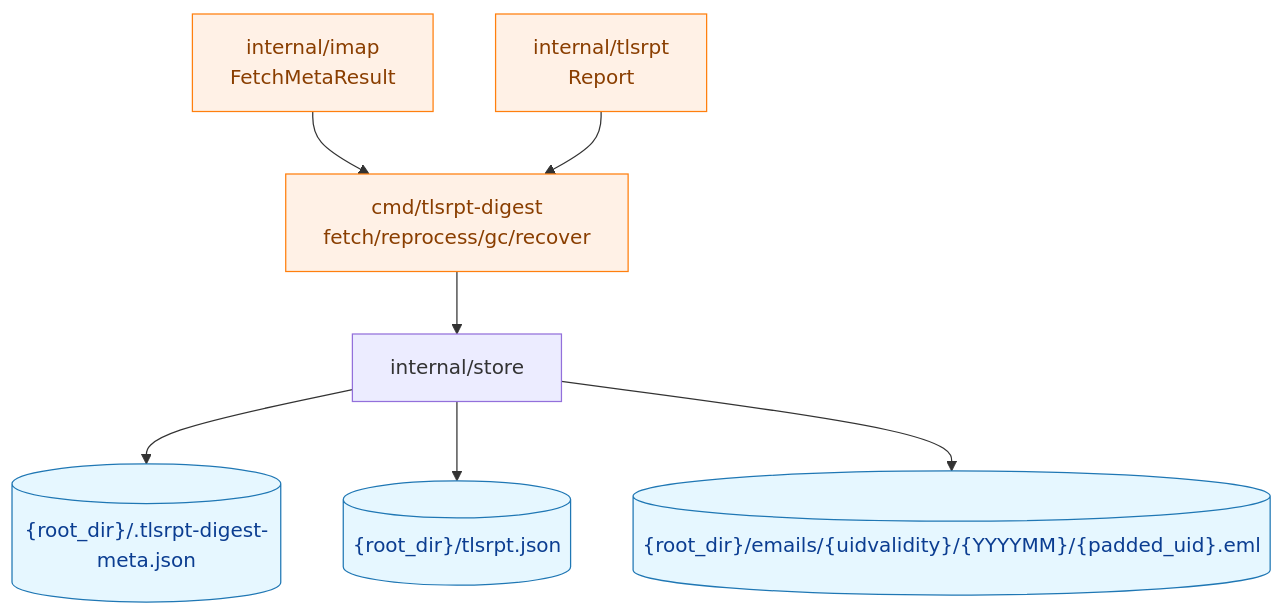
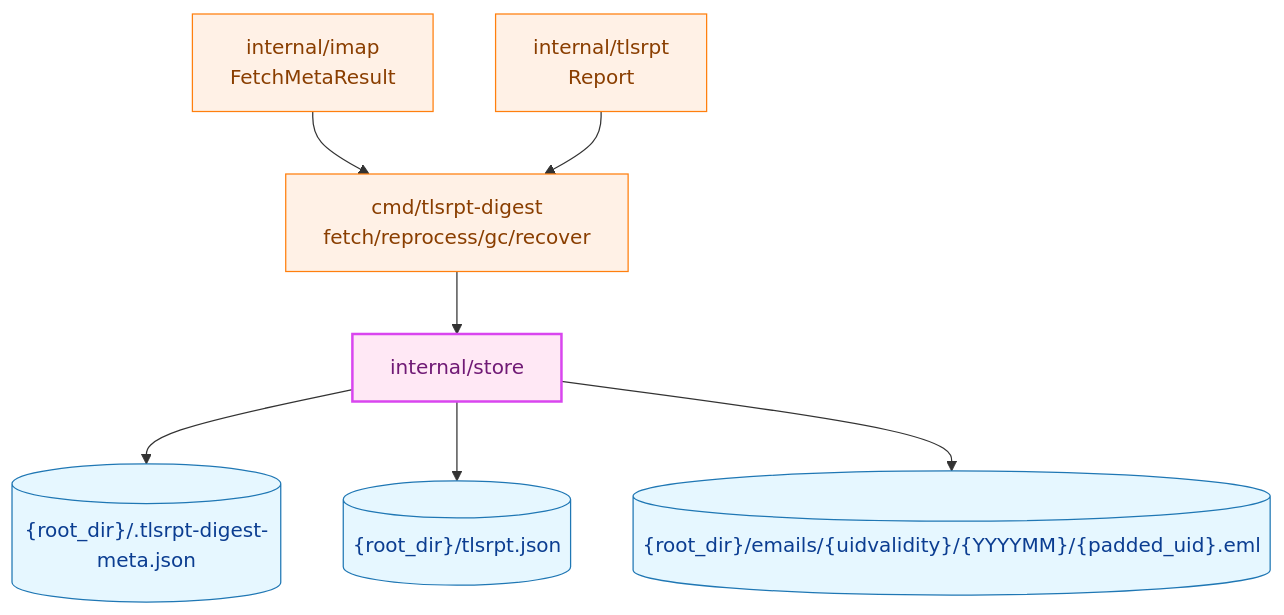
One commit to isseis/tlsrpt-digest changed the first of 15 diagrams in docs/tasks/0040_store/02_architecture.md. Above: the diagram before and after it, drawn with Mermaid. The commit also changed other lines of this file, not shown here.

First line of the commit message:
docs(store/arch): fix newpkg classDef missing and non-standard colors

````diff
--- a/docs/tasks/0040_store/02_architecture.md
+++ b/docs/tasks/0040_store/02_architecture.md
@@ -27,17 +27,17 @@
 ```mermaid
 flowchart TD
     classDef data fill:#e6f7ff,stroke:#1f77b4,stroke-width:1px,color:#0b3d91;
     classDef process fill:#fff1e6,stroke:#ff7f0e,stroke-width:1px,color:#8a3e00;
-    classDef enhanced fill:#e8f5e8,stroke:#2e8b57,stroke-width:2px,color:#006400;
+    classDef newpkg fill:#ffe8f5,stroke:#d946ef,stroke-width:2px,color:#701a75;
 
     IMAP["internal/imap<br>FetchMetaResult"] --> EP["cmd/tlsrpt-digest<br>fetch/reprocess/gc/recover"]
     TLSRPT["internal/tlsrpt<br>Report"] --> EP
     EP --> STORE["internal/store"]
     STORE --> SENTINEL[("{root_dir}/.tlsrpt-digest-meta.json")]
     STORE --> JSON[("{root_dir}/tlsrpt.json")]
     STORE --> EML[("{root_dir}/emails/{uidvalidity}/{YYYYMM}/{padded_uid}.eml")]
 
     class SENTINEL,JSON,EML data
     class IMAP,TLSRPT,EP process
     class STORE newpkg
 ```
````
